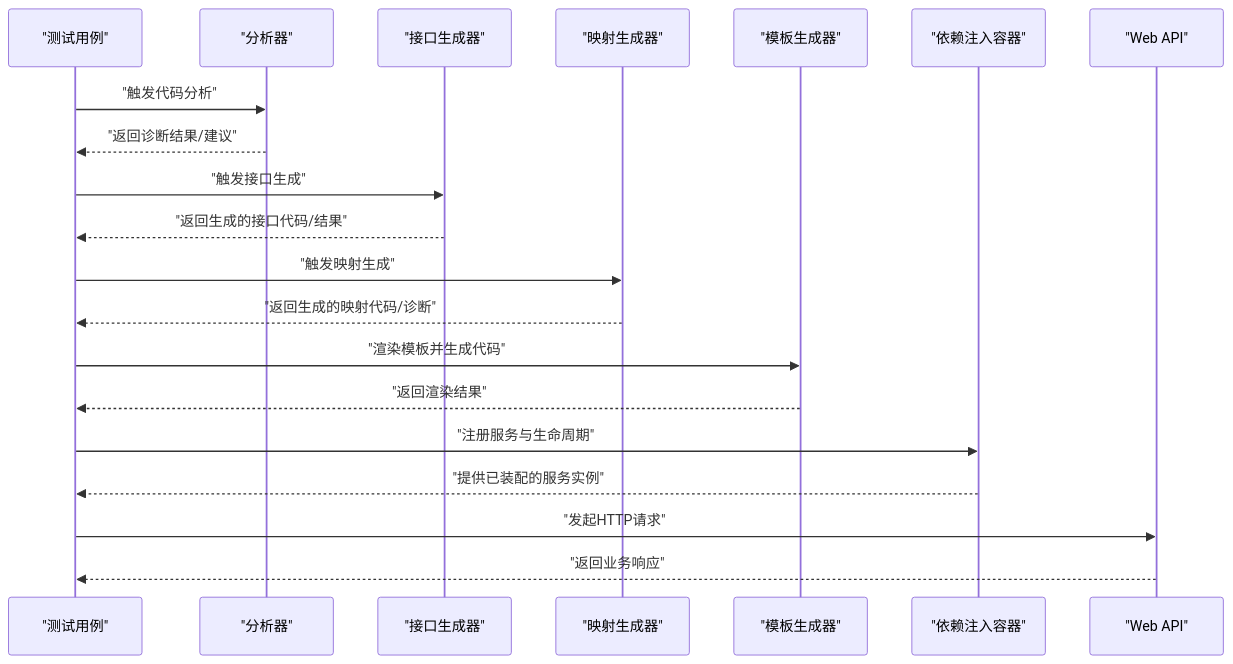
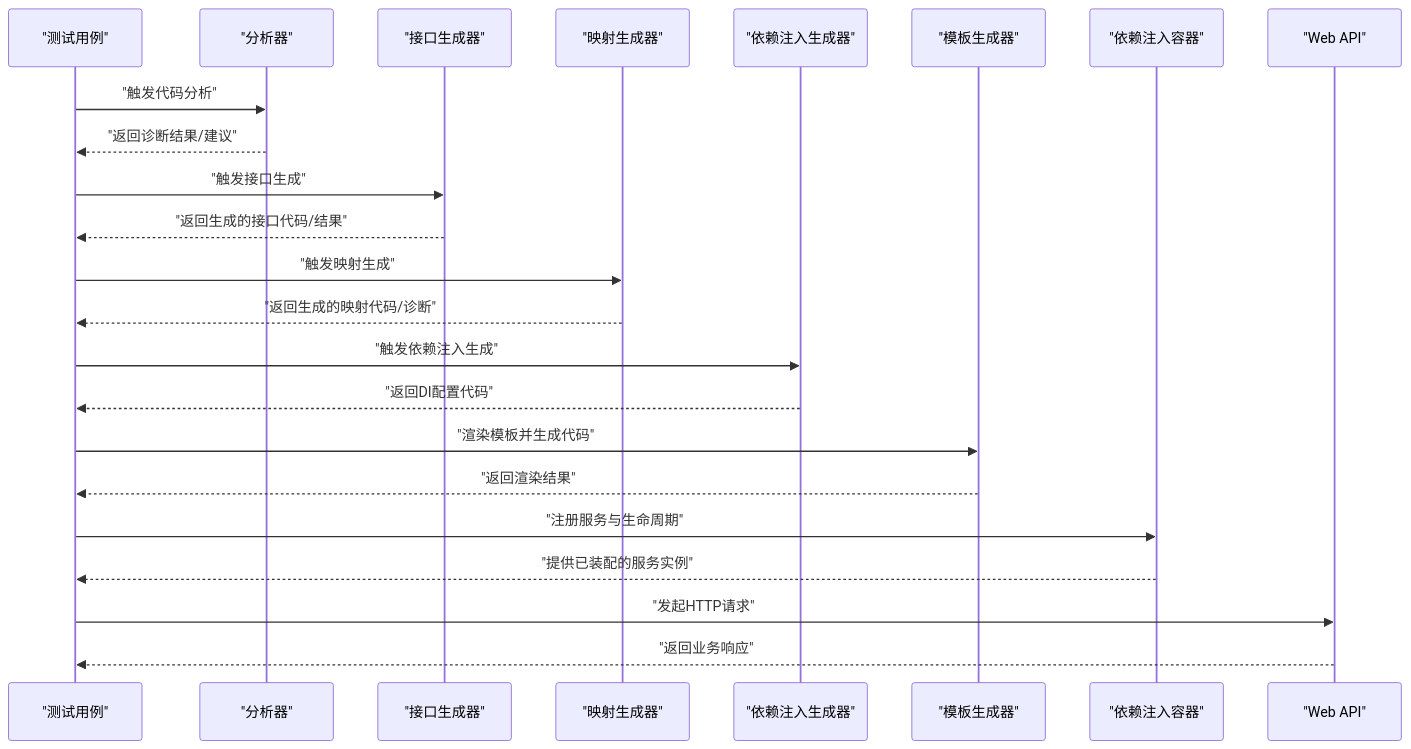
Before and after one commit to alivy/AutoCode: the second of 9 diagrams in .qoder/repowiki/zh/content/调试与诊断/测试策略与实践.md, drawn with Mermaid. The commit also changed other lines of this file and 38 other files, not shown here.

````diff
--- a/.qoder/repowiki/zh/content/调试与诊断/测试策略与实践.md
+++ b/.qoder/repowiki/zh/content/调试与诊断/测试策略与实践.md
@@ -178,22 +192,25 @@
 ```mermaid
 sequenceDiagram
 participant Test as "测试用例"
 participant Analyzer as "分析器"
 participant IG as "接口生成器"
 participant MG as "映射生成器"
+participant DIG as "依赖注入生成器"
 participant DTG as "模板生成器"
 participant DI as "依赖注入容器"
 participant API as "Web API"
 Test->>Analyzer : "触发代码分析"
 Analyzer-->>Test : "返回诊断结果/建议"
 Test->>IG : "触发接口生成"
 IG-->>Test : "返回生成的接口代码/结果"
 Test->>MG : "触发映射生成"
 MG-->>Test : "返回生成的映射代码/诊断"
+Test->>DIG : "触发依赖注入生成"
+DIG-->>Test : "返回DI配置代码"
 Test->>DTG : "渲染模板并生成代码"
 DTG-->>Test : "返回渲染结果"
 Test->>DI : "注册服务与生命周期"
 DI-->>Test : "提供已装配的服务实例"
 Test->>API : "发起HTTP请求"
 API-->>Test : "返回业务响应"
 ```
````
